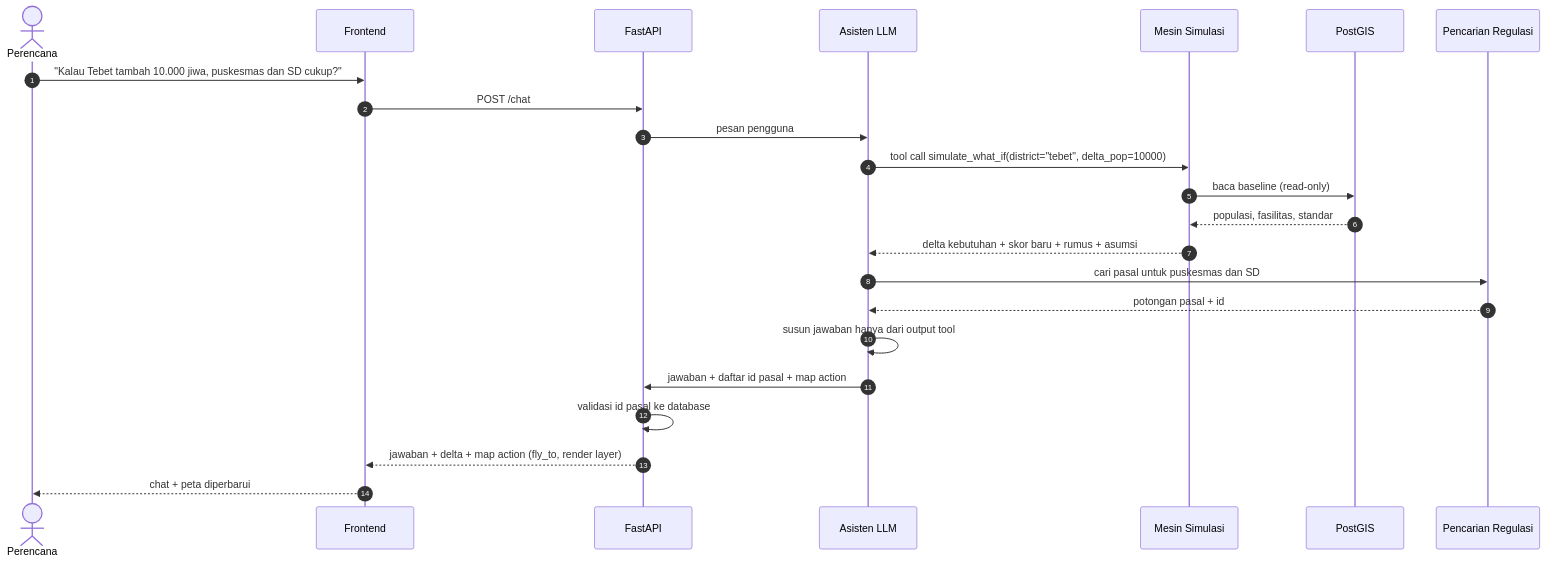
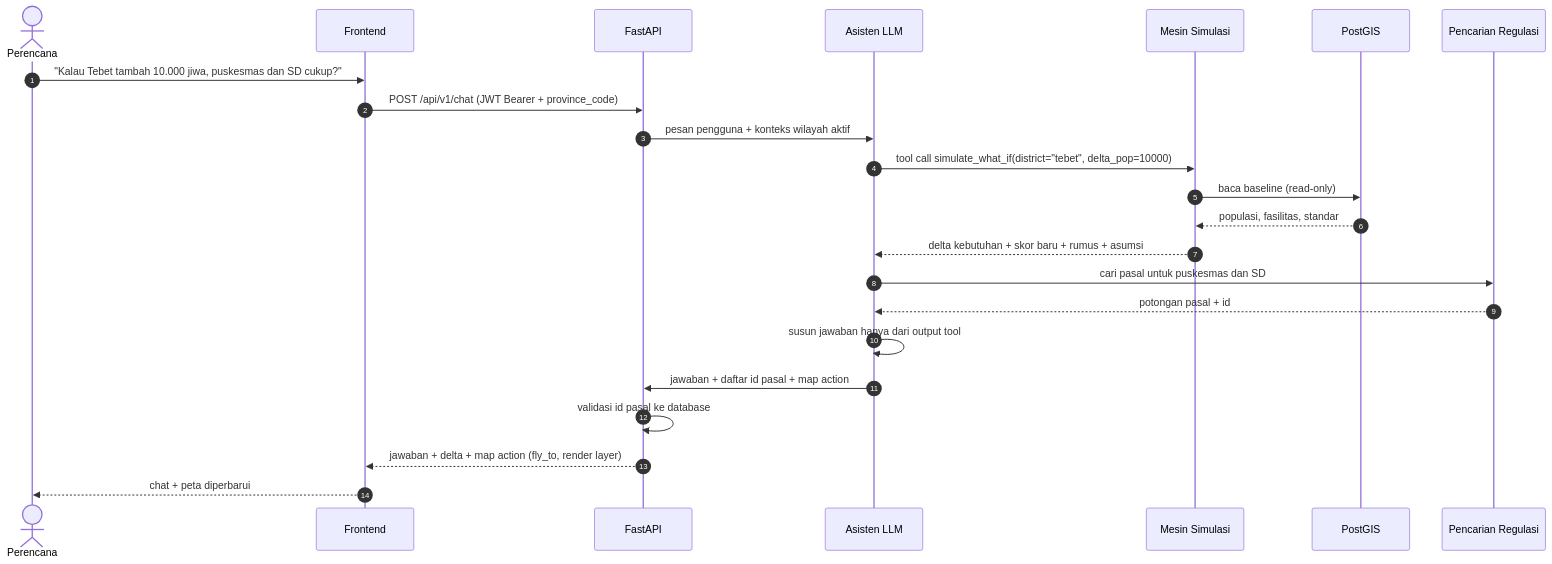
Before and after one commit to Naputriz/District-Resource-Profiling: the second of 2 diagrams in README.md, drawn with Mermaid. The commit also changed other lines of this file and 16 other files, not shown here.

````diff
--- a/README.md
+++ b/README.md
@@ -318,26 +334,26 @@
 ```mermaid
 sequenceDiagram
     autonumber
     actor U as Perencana
     participant FE as Frontend
     participant API as FastAPI
     participant AG as Asisten LLM
     participant SIM as Mesin Simulasi
     participant DB as PostGIS
     participant RAG as Pencarian Regulasi
 
     U->>FE: "Kalau Tebet tambah 10.000 jiwa, puskesmas dan SD cukup?"
-    FE->>API: POST /chat
-    API->>AG: pesan pengguna
+    FE->>API: POST /api/v1/chat (JWT Bearer + province_code)
+    API->>AG: pesan pengguna + konteks wilayah aktif
     AG->>SIM: tool call simulate_what_if(district="tebet", delta_pop=10000)
     SIM->>DB: baca baseline (read-only)
     DB-->>SIM: populasi, fasilitas, standar
     SIM-->>AG: delta kebutuhan + skor baru + rumus + asumsi
     AG->>RAG: cari pasal untuk puskesmas dan SD
     RAG-->>AG: potongan pasal + id
     AG->>AG: susun jawaban hanya dari output tool
     AG->>API: jawaban + daftar id pasal + map action
     API->>API: validasi id pasal ke database
     API-->>FE: jawaban + delta + map action (fly_to, render layer)
     FE-->>U: chat + peta diperbarui
 ```
````
